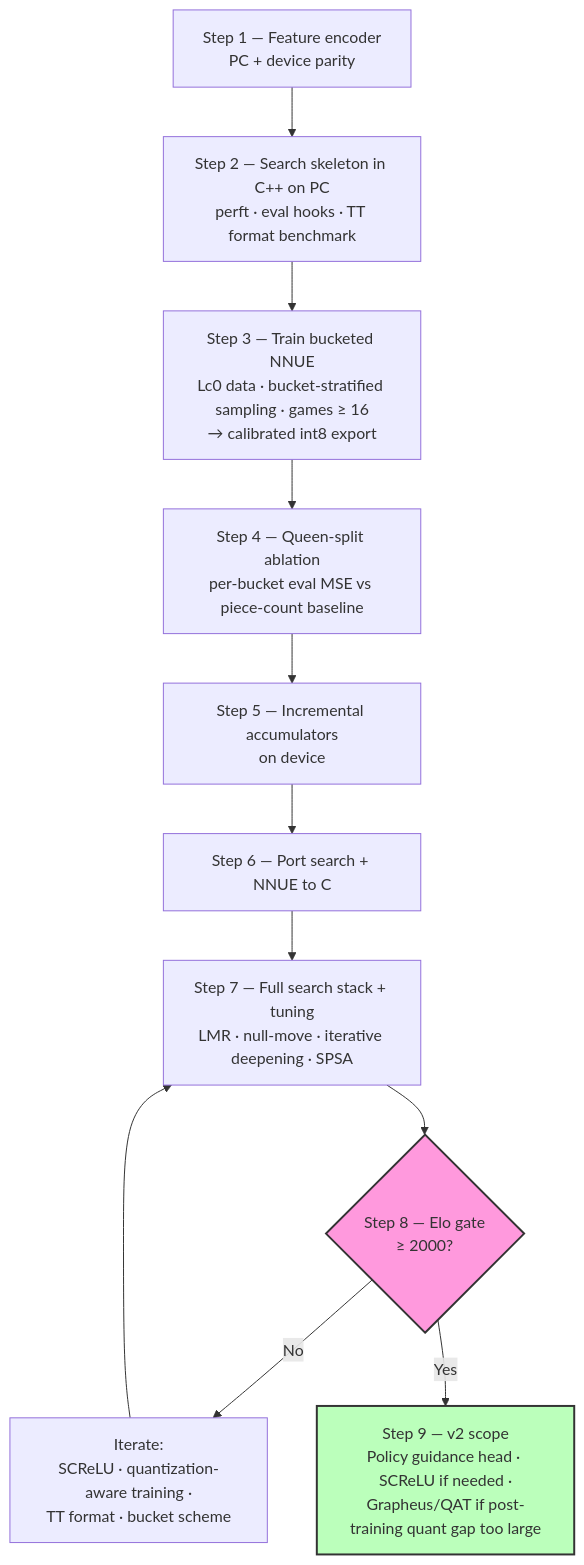
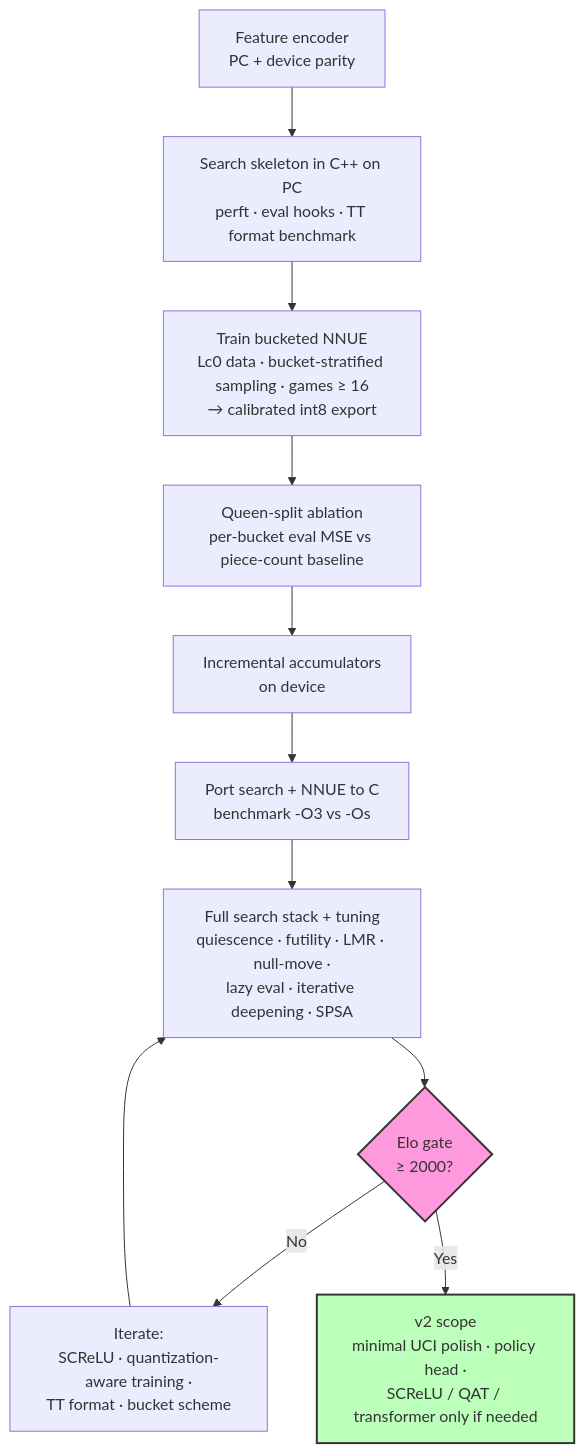
The first of 2 diagrams in NOTES/SARDINE 🐟.md (Omega97/TinyML_Internship), drawn with Mermaid before and after one commit. The commit also changed other lines of this file and 4 other files, not shown here.

````diff
--- a/NOTES/SARDINE 🐟.md
+++ b/NOTES/SARDINE 🐟.md
@@ -36,16 +36,16 @@
 ```mermaid
 flowchart TD
-    A["Step 1 — Feature encoder<br/>PC + device parity"] --> B["Step 2 — Search skeleton in C++ on PC<br/>perft · eval hooks · TT format benchmark"]
-    B --> C["Step 3 — Train bucketed NNUE<br/>Lc0 data · bucket-stratified sampling · games ≥ 16<br/>→ calibrated int8 export"]
-    C --> D["Step 4 — Queen-split ablation<br/>per-bucket eval MSE vs piece-count baseline"]
-    D --> E["Step 5 — Incremental accumulators<br/>on device"]
-    E --> F["Step 6 — Port search + NNUE to C"]
-    F --> G["Step 7 — Full search stack + tuning<br/>LMR · null-move · iterative deepening · SPSA"]
-    G --> H{"Step 8 — Elo gate<br/>≥ 2000?"}
+    A["Feature encoder<br/>PC + device parity"] --> B["Search skeleton in C++ on PC<br/>perft · eval hooks · TT format benchmark"]
+    B --> C["Train bucketed NNUE<br/>Lc0 data · bucket-stratified sampling · games ≥ 16<br/>→ calibrated int8 export"]
+    C --> D["Queen-split ablation<br/>per-bucket eval MSE vs piece-count baseline"]
+    D --> E["Incremental accumulators<br/>on device"]
+    E --> F["Port search + NNUE to C<br/>benchmark -O3 vs -Os"]
+    F --> G["Full search stack + tuning<br/>quiescence · futility · LMR · null-move ·<br/>lazy eval · iterative deepening · SPSA"]
+    G --> H{"Elo gate<br/>≥ 2000?"}
     H -- "No" --> I["Iterate:<br/>SCReLU · quantization-aware training ·<br/>TT format · bucket scheme"]
     I --> G
-    H -- "Yes" --> J["Step 9 — v2 scope<br/>Policy guidance head · SCReLU if needed ·<br/>Grapheus/QAT if post-training quant gap too large"]
+    H -- "Yes" --> J["v2 scope<br/>minimal UCI polish · policy head ·<br/>SCReLU / QAT / transformer only if needed"]
 
     style H fill:#f9d,stroke:#333,stroke-width:2px
     style J fill:#bfb,stroke:#333,stroke-width:2px
 ```
````
